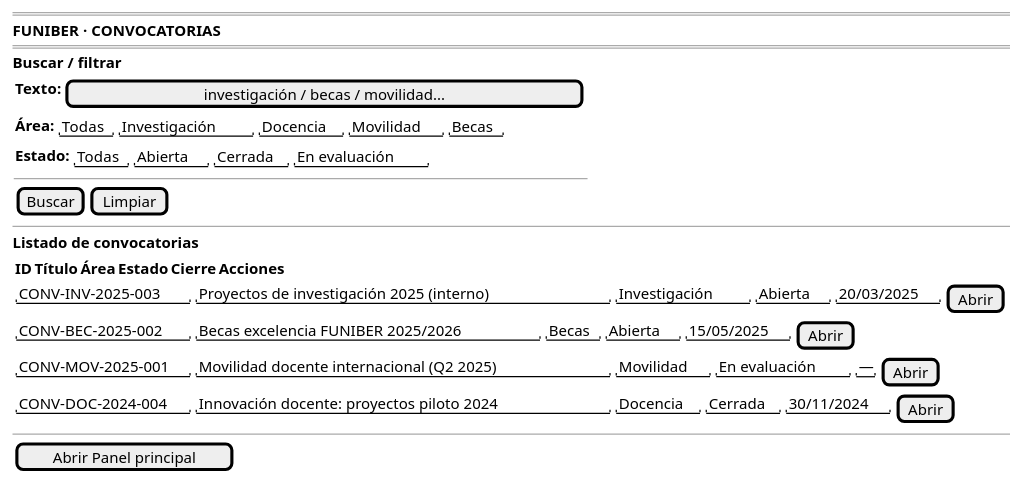
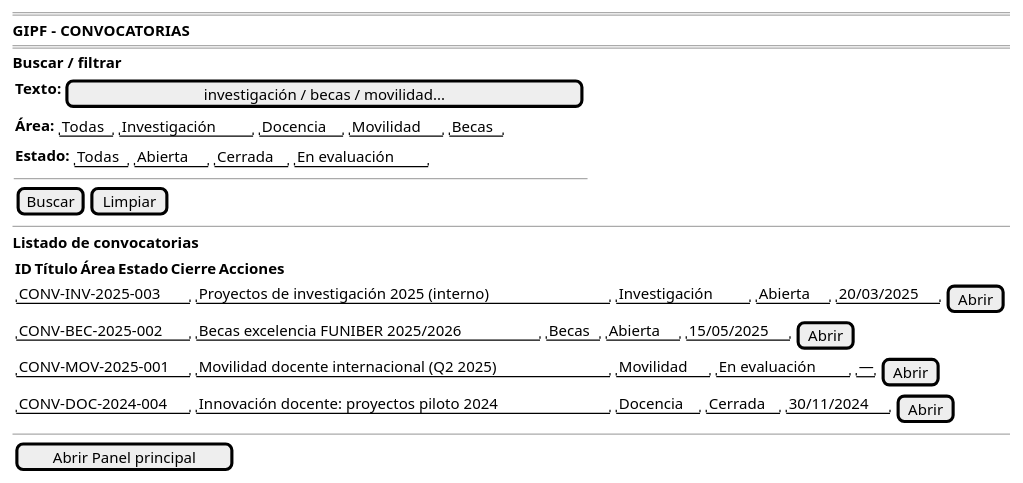
Before and after one commit to 31Diego/25-26-IdSw1-SdR: the diagram in documents/casosDeUso/detalle/coordinador/04-convocatorias/abrirConvocatorias/prototipo/prototipo.puml, drawn with PlantUML. The commit also changed 69 other files, not shown here.

```diff
--- a/documents/casosDeUso/detalle/coordinador/04-convocatorias/abrirConvocatorias/prototipo/prototipo.puml
+++ b/documents/casosDeUso/detalle/coordinador/04-convocatorias/abrirConvocatorias/prototipo/prototipo.puml
@@ -1,31 +1,31 @@
 @startsalt convocatoriasAbiertas-wireframe
 {
     ====
-    <b>FUNIBER · CONVOCATORIAS</b>
+    <b>GIPF - CONVOCATORIAS</b>
     ====
 
     <b>Buscar / filtrar</b>
     {
         { <b>Texto:</b> | [ investigación / becas / movilidad...              ] }
         { <b>Área:</b> | { "Todas" | "Investigación" | "Docencia" | "Movilidad" | "Becas" } }
         { <b>Estado:</b> | { "Todas" | "Abierta" | "Cerrada" | "En evaluación" } }
         --
         { [Buscar] | [Limpiar] }
     }
 
     --
 
     <b>Listado de convocatorias</b>
     {
         { <b>ID</b> | <b>Título</b> | <b>Área</b> | <b>Estado</b> | <b>Cierre</b> | <b>Acciones</b> }
         { "CONV-INV-2025-003" | "Proyectos de investigación 2025 (interno)" | "Investigación" | "Abierta" | "20/03/2025" | [Abrir] }
         { "CONV-BEC-2025-002" | "Becas excelencia FUNIBER 2025/2026"         | "Becas"         | "Abierta" | "15/05/2025" | [Abrir] }
         { "CONV-MOV-2025-001" | "Movilidad docente internacional (Q2 2025)"  | "Movilidad"     | "En evaluación" | "—" | [Abrir] }
         { "CONV-DOC-2024-004" | "Innovación docente: proyectos piloto 2024"  | "Docencia"      | "Cerrada" | "30/11/2024" | [Abrir] }
     }
 
     --
 
     { [Abrir Panel principal] }
 }
 @endsalt
```
